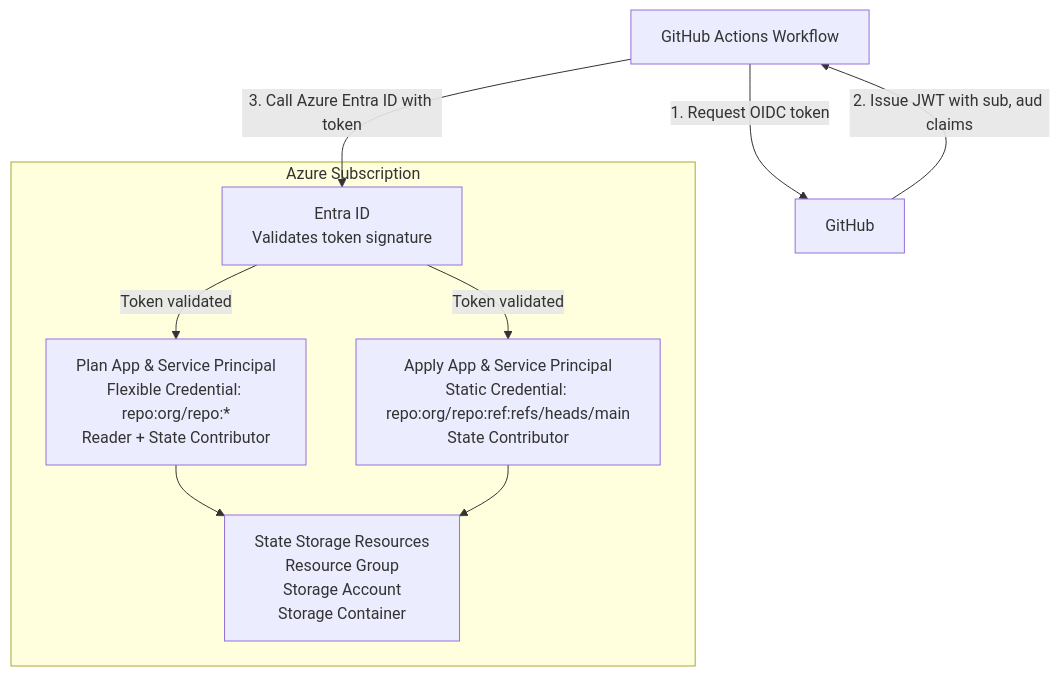
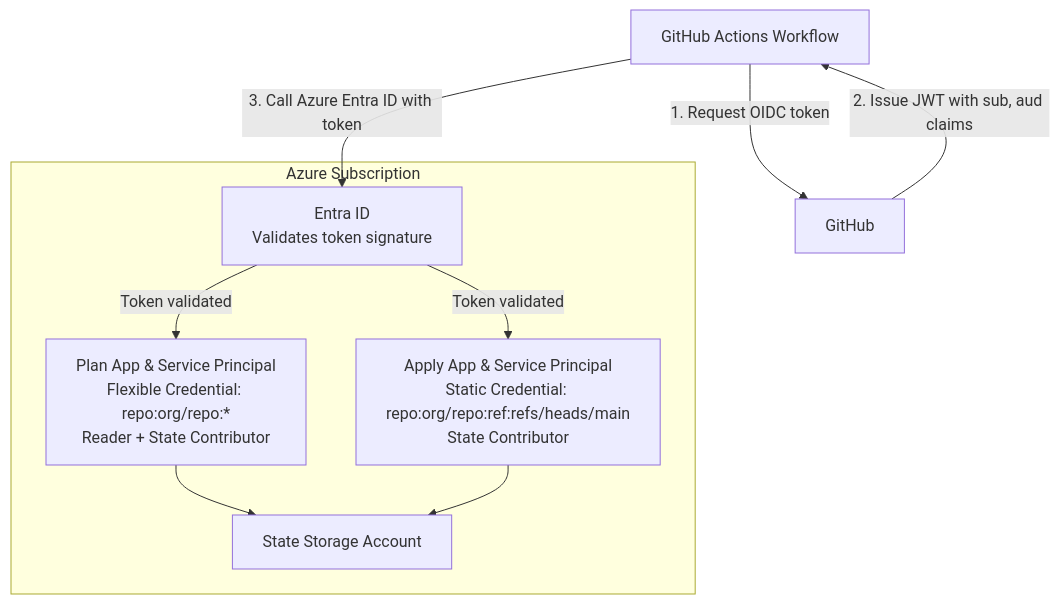
One commit to gruntwork-io/terragrunt-scale-catalog changed the diagram in stacks/azure/github/pipelines-bootstrap/README.md. Above: the diagram before and after it, drawn with Mermaid. The commit also changed other lines of this file and 10 other files, not shown here.

````diff
--- a/stacks/azure/github/pipelines-bootstrap/README.md
+++ b/stacks/azure/github/pipelines-bootstrap/README.md
@@ -68,21 +61,21 @@
 ```mermaid
 flowchart TD
     A[GitHub Actions Workflow] -->|1. Request OIDC token| B[GitHub]
     B -->|2. Issue JWT with sub, aud claims| A
     A -->|3. Call Azure Entra ID with token| C[Entra ID]
 
     subgraph Azure["Azure Subscription"]
         C[Entra ID<br/>Validates token signature]
 
         C -->|Token validated| D[Plan App & SP]
         C -->|Token validated| E[Apply App & SP]
 
         D[Plan App & Service Principal<br/>Flexible Credential: repo:org/repo:*<br/>Reader + State Contributor]
         E[Apply App & Service Principal<br/>Static Credential: repo:org/repo:ref:refs/heads/main<br/>State Contributor]
 
         D --> F[State Storage]
         E --> F[State Storage]
 
-        F[State Storage Resources<br/>Resource Group<br/>Storage Account<br/>Storage Container]
+        F[State Storage Account]
     end
 ```
````
